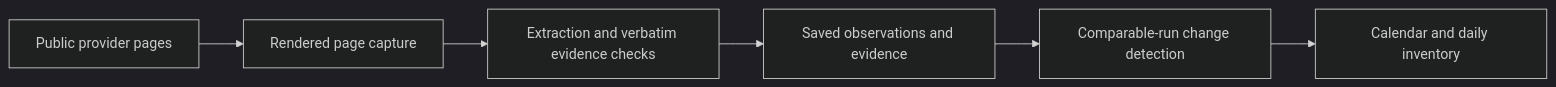
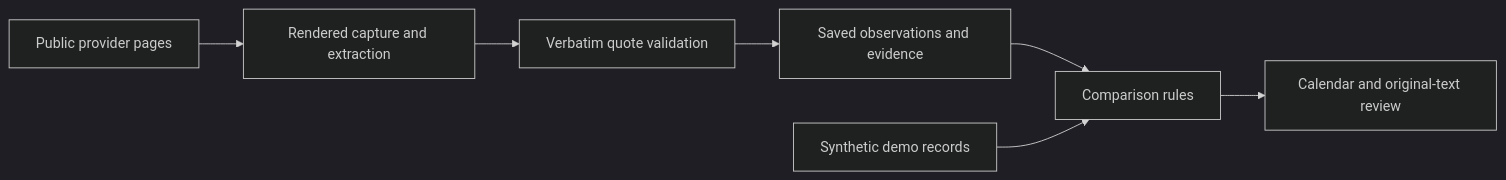
The diagram in README.md (LobsterQBA/offer-calendar-public), drawn with Mermaid (dark theme) before and after one commit. The commit also changed other lines of this file and 4 other files, not shown here.

````diff
--- a/README.md
+++ b/README.md
@@ -23,8 +79,9 @@
 ```mermaid
 flowchart LR
-    A[Public provider pages] --> B[Rendered page capture]
-    B --> C[Extraction and verbatim evidence checks]
+    A[Public provider pages] --> B[Rendered capture and extraction]
+    B --> C[Verbatim quote validation]
     C --> D[Saved observations and evidence]
-    D --> E[Comparable-run change detection]
-    E --> F[Calendar and daily inventory]
+    D --> E[Comparison rules]
+    S[Synthetic demo records] --> E
+    E --> F[Calendar and original-text review]
 ```
````
